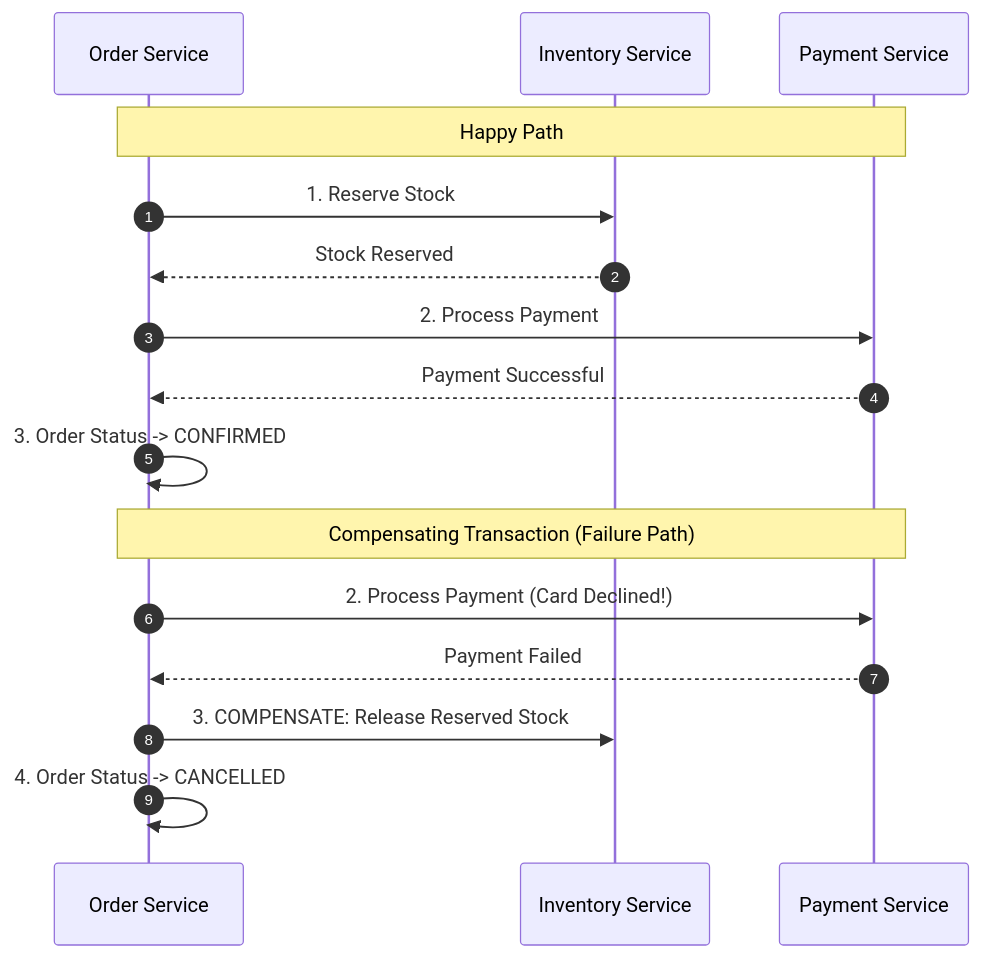
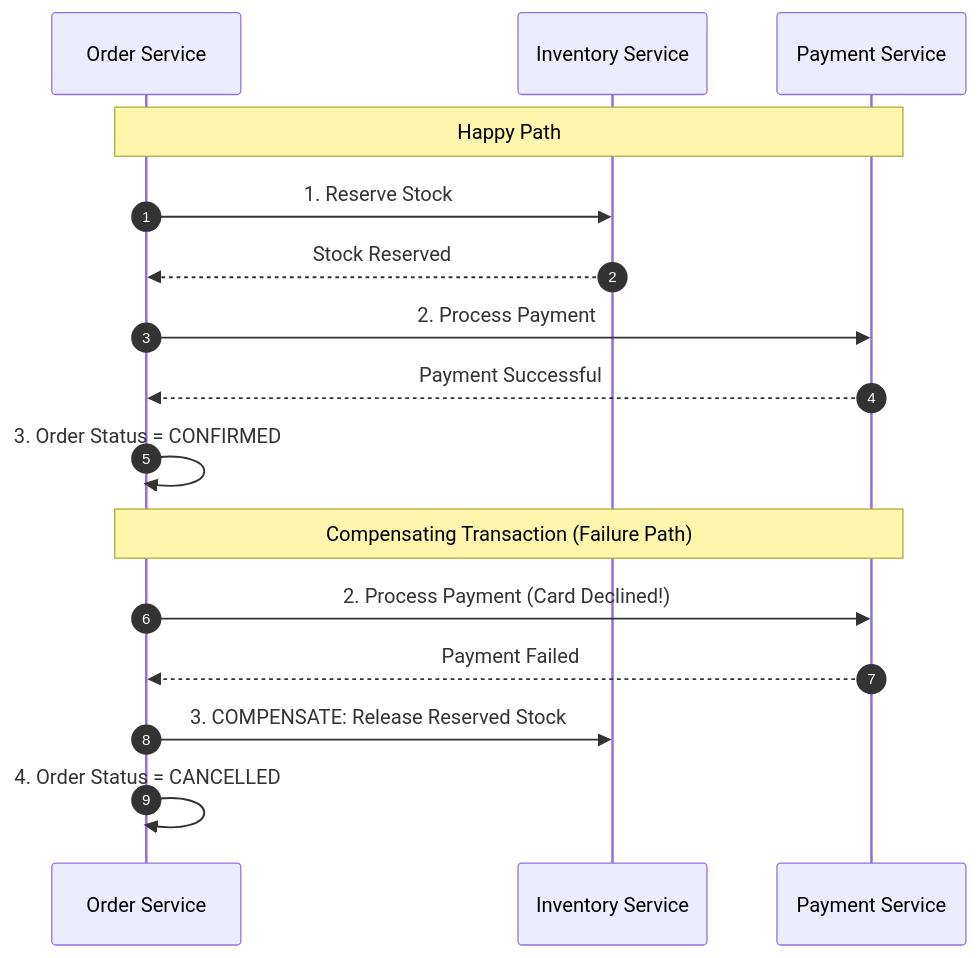
The sixth of 6 diagrams in spring-boot-microservices-notes/01-fundamentals.md (rohithgowda18/Notes), drawn with Mermaid before and after one commit. The commit also changed 15 other files, not shown here.

Commit message:
docs: audit Mermaid diagrams, optimize side-by-side layouts, and deduplicate DBMS advanced notes

````diff
--- a/spring-boot-microservices-notes/01-fundamentals.md
+++ b/spring-boot-microservices-notes/01-fundamentals.md
@@ -353,20 +353,20 @@
 ```mermaid
 sequenceDiagram
     autonumber
     participant O as Order Service
     participant I as Inventory Service
     participant P as Payment Service
 
     Note over O,P: Happy Path
     O->>I: 1. Reserve Stock
     I-->>O: Stock Reserved
     O->>P: 2. Process Payment
     P-->>O: Payment Successful
-    O->>O: 3. Order Status -> CONFIRMED
+    O->>O: 3. Order Status = CONFIRMED
 
     Note over O,P: Compensating Transaction (Failure Path)
     O->>P: 2. Process Payment (Card Declined!)
     P-->>O: Payment Failed
     O->>I: 3. COMPENSATE: Release Reserved Stock
-    O->>O: 4. Order Status -> CANCELLED
+    O->>O: 4. Order Status = CANCELLED
 ```
````
